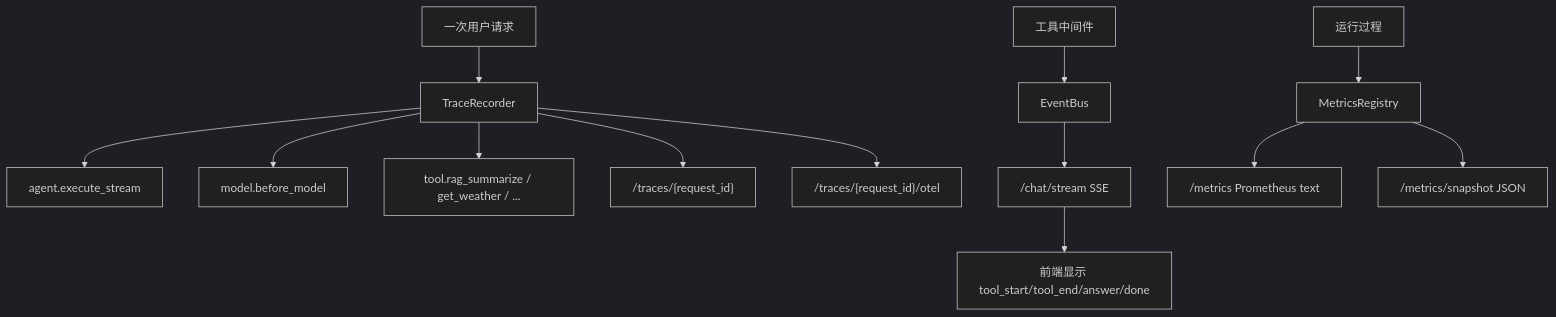
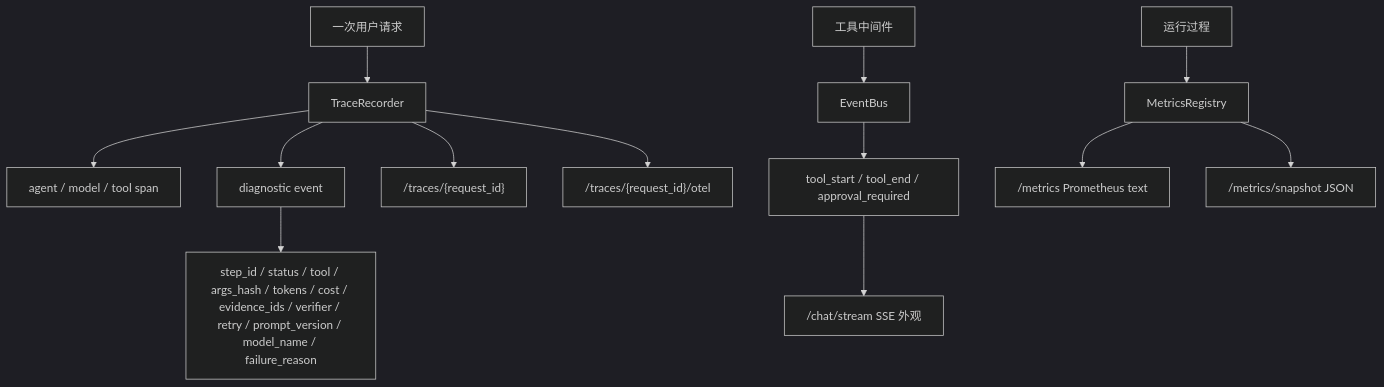
One commit to sleeping-Zack/agentproject changed diagram 14 of 20 in README.md. Above: the diagram before and after it, drawn with Mermaid (dark theme). The commit also changed other lines of this file, not shown here.

Commit message:
docs: refresh architecture diagrams for harness control layer

````diff
--- a/README.md
+++ b/README.md
@@ -398,17 +622,19 @@
 ```mermaid
 flowchart TB
     Request["一次用户请求"] --> Trace["TraceRecorder"]
-    Trace --> Span1["agent.execute_stream"]
-    Trace --> Span2["model.before_model"]
-    Trace --> Span3["tool.rag_summarize / get_weather / ..."]
+
+    Trace --> SpanAgent["agent / model / tool span"]
+    Trace --> Diag["diagnostic event"]
+    Diag --> Fields["step_id / status / tool / args_hash / tokens / cost / evidence_ids / verifier / retry / prompt_version / model_name / failure_reason"]
+
     Trace --> Export1["/traces/{request_id}"]
     Trace --> Export2["/traces/{request_id}/otel"]
 
     ToolMiddleware["工具中间件"] --> EventBus["EventBus"]
-    EventBus --> SSE["/chat/stream SSE"]
-    SSE --> Front["前端显示 tool_start/tool_end/answer/done"]
+    EventBus --> Events["tool_start / tool_end / approval_required"]
+    Events --> SSE["/chat/stream SSE 外观"]
 
     Runtime["运行过程"] --> Metrics["MetricsRegistry"]
     Metrics --> Prom["/metrics Prometheus text"]
     Metrics --> Snap["/metrics/snapshot JSON"]
 ```
````
